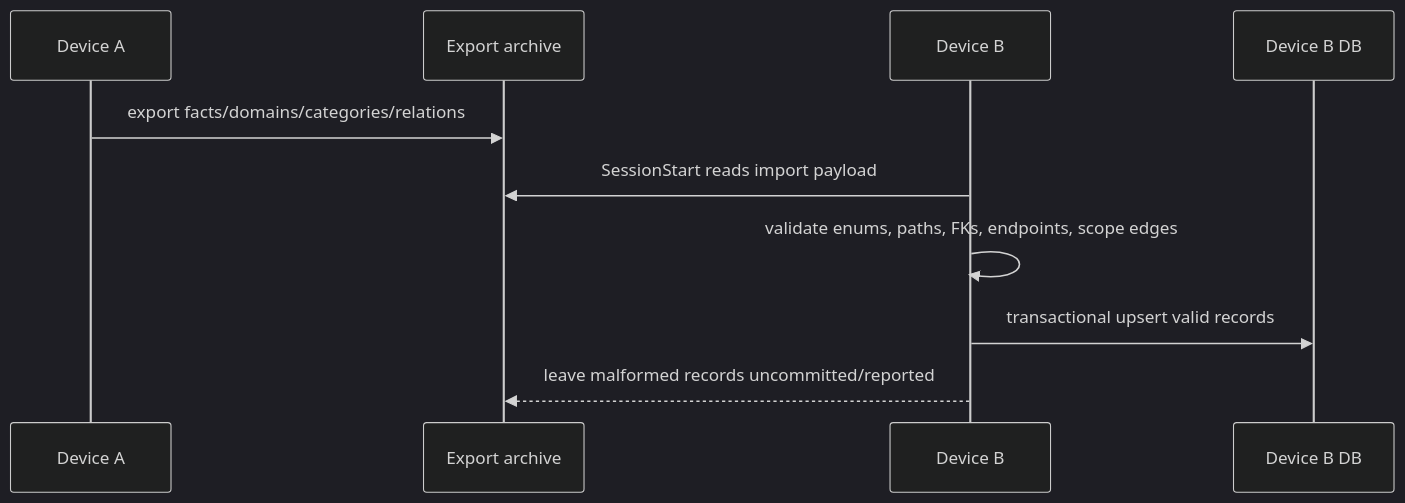
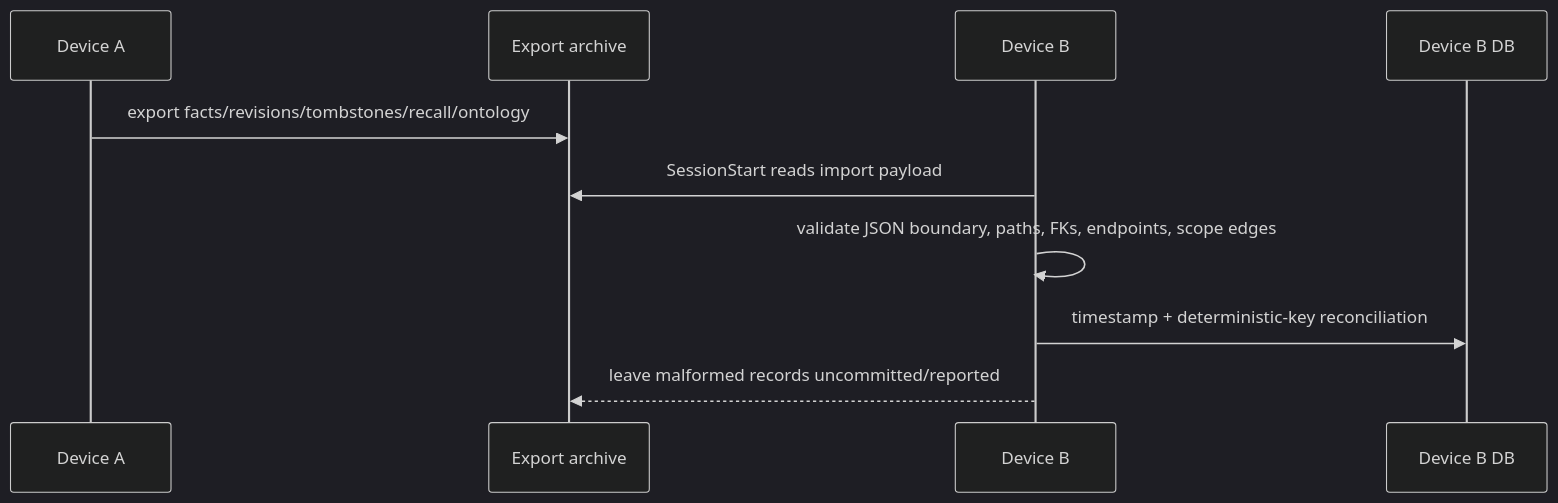
The third of 3 diagrams in docs/CONVERSATION-LIFECYCLE.md (BongSuCHOI/memex), drawn with Mermaid (dark theme) before and after one commit. The commit also changed other lines of this file and 33 other files, not shown here.

First line of the commit message:
fix(sync): reconcile revisions and tombstones

````diff
--- a/docs/CONVERSATION-LIFECYCLE.md
+++ b/docs/CONVERSATION-LIFECYCLE.md
@@ -126,12 +126,12 @@
 ```mermaid
 sequenceDiagram
     participant A as Device A
     participant E as Export archive
     participant B as Device B
     participant D as Device B DB
-    A->>E: export facts/domains/categories/relations
+    A->>E: export facts/revisions/tombstones/recall/ontology
     B->>E: SessionStart reads import payload
-    B->>B: validate enums, paths, FKs, endpoints, scope edges
-    B->>D: transactional upsert valid records
+    B->>B: validate JSON boundary, paths, FKs, endpoints, scope edges
+    B->>D: timestamp + deterministic-key reconciliation
     B-->>E: leave malformed records uncommitted/reported
 ```
````
